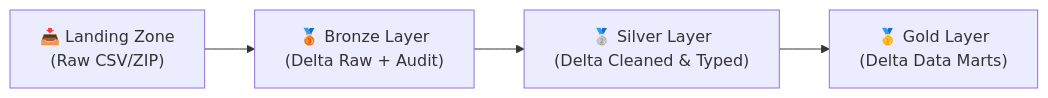
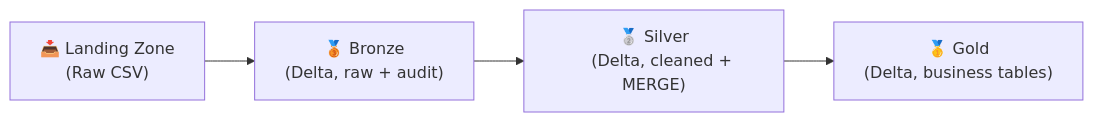
The diagram in README.md (GabrielData21/ETL-com-PySpark), drawn with Mermaid before and after one commit. The commit also changed other lines of this file and 22 other files, not shown here.

````diff
--- a/README.md
+++ b/README.md
@@ -9,10 +11,10 @@
 ```mermaid
 flowchart LR
     A["📥 Landing Zone
-    (Raw CSV/ZIP)"] --> B["🥉 Bronze Layer
-    (Delta Raw + Audit)"]
-    B --> C["🥈 Silver Layer
-    (Delta Cleaned & Typed)"]
-    C --> D["🥇 Gold Layer
-    (Delta Data Marts)"]
+    (Raw CSV)"] --> B["🥉 Bronze
+    (Delta, raw + audit)"]
+    B --> C["🥈 Silver
+    (Delta, cleaned + MERGE)"]
+    C --> D["🥇 Gold
+    (Delta, business tables)"]
 ```
````
